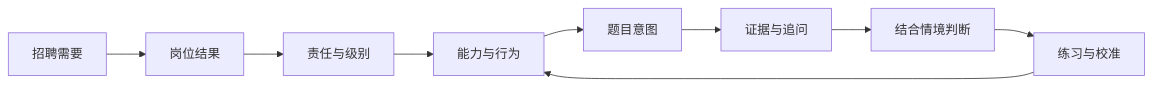
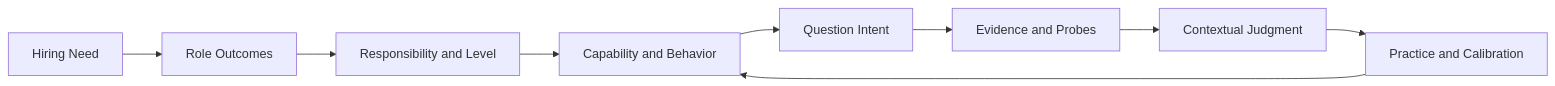
Before and after one commit to Liyuk/liyuk.github.io: the first of 2 diagrams in src/content/projects/2026/10/interview-compass/zh.md, drawn with Mermaid. The commit also changed other lines of this file and 1 other file, not shown here.

````diff
--- a/src/content/projects/2026/10/interview-compass/zh.md
+++ b/src/content/projects/2026/10/interview-compass/zh.md
@@ -49,11 +49,11 @@
 ```mermaid
 flowchart LR
-    A[招聘需要] --> B[岗位结果]
-    B --> C[责任与级别]
-    C --> D[能力与行为]
-    D --> E[题目意图]
-    E --> F[证据与追问]
-    F --> G[结合情境判断]
-    G --> H[练习与校准]
+    A[Hiring Need] --> B[Role Outcomes]
+    B --> C[Responsibility and Level]
+    C --> D[Capability and Behavior]
+    D --> E[Question Intent]
+    E --> F[Evidence and Probes]
+    F --> G[Contextual Judgment]
+    G --> H[Practice and Calibration]
     H --> D
 ```
````
